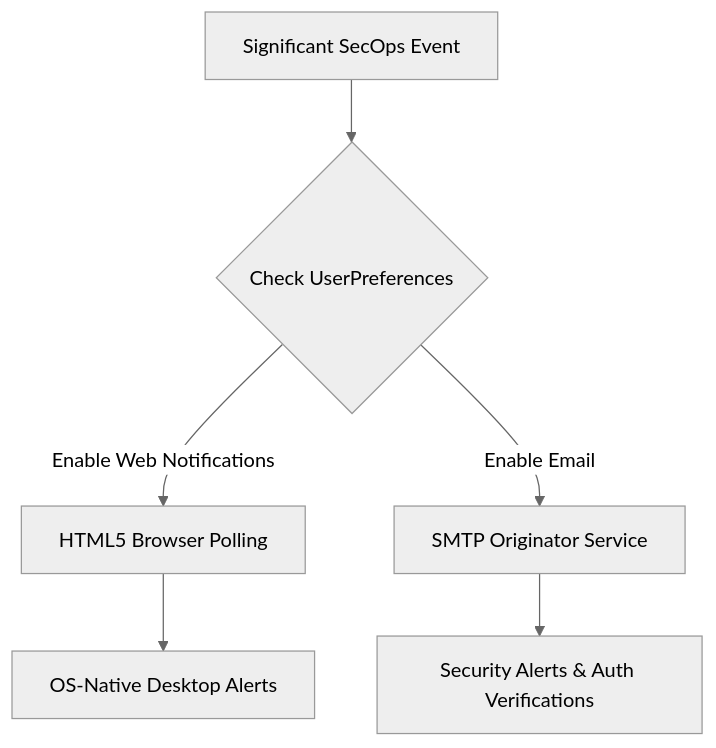
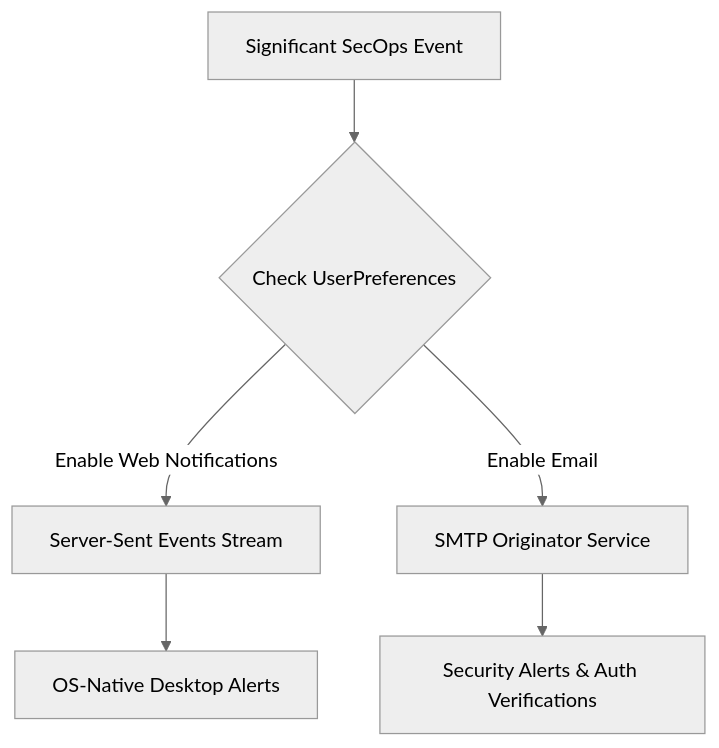
The fifth of 5 diagrams in docs/ARCHITECTURE.md (Cyber-Sec-Space/openticket), drawn with Mermaid (neutral theme) before and after one commit. The commit also changed other lines of this file and 14 other files, not shown here.

````diff
--- a/docs/ARCHITECTURE.md
+++ b/docs/ARCHITECTURE.md
@@ -136,8 +140,8 @@
 ```mermaid
 graph TD
     SystemEvent[Significant SecOps Event] --> NotificationRouter{Check UserPreferences}
-    NotificationRouter -- "Enable Web Notifications" --> PollingQueue[HTML5 Browser Polling]
+    NotificationRouter -- "Enable Web Notifications" --> SSEQueue[Server-Sent Events Stream]
     NotificationRouter -- "Enable Email" --> SMTP[SMTP Originator Service]
-    PollingQueue --> DesktopAlerts[OS-Native Desktop Alerts]
+    SSEQueue --> DesktopAlerts[OS-Native Desktop Alerts]
     SMTP --> AlertEmail[Security Alerts & Auth Verifications]
 ```
````
